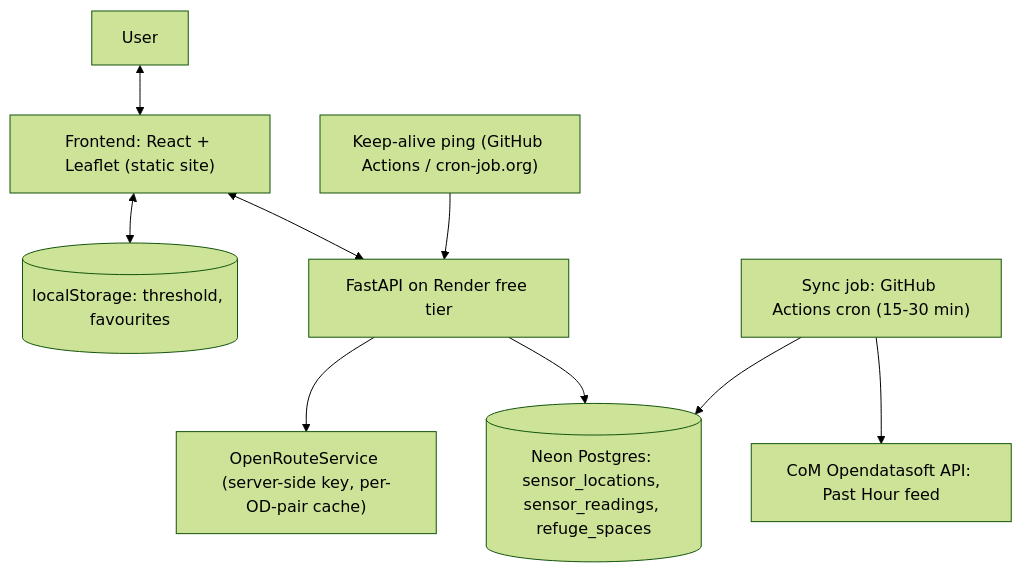
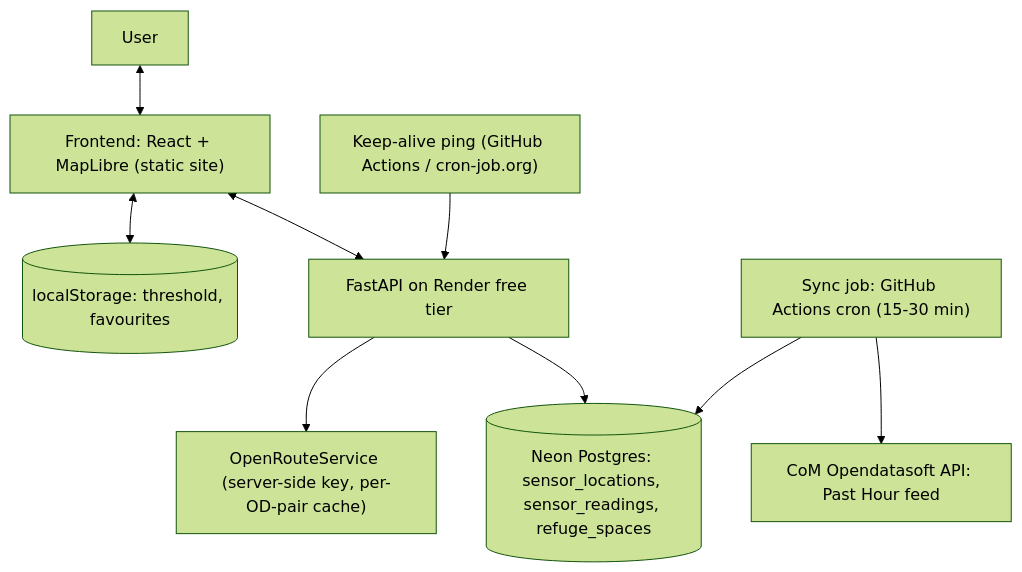
One commit to Vanamali-Sims/hush changed the diagram in PLAN.md. Above: the diagram before and after it, drawn with Mermaid (forest theme). The commit also changed other lines of this file and 3 other files, not shown here.

Commit message:
docs: revise plan (MapLibre map stack, sensory-first UI), remove wireframes, add gitignore

````diff
--- a/PLAN.md
+++ b/PLAN.md
@@ -30,11 +34,11 @@
 ```mermaid
 flowchart TD
-    U[User] <--> FE["Frontend: React + Leaflet (static site)"]
+    U[User] <--> FE["Frontend: React + MapLibre (static site)"]
     FE <--> LS[("localStorage: threshold, favourites")]
     FE <--> API["FastAPI on Render free tier"]
     API --> ORS["OpenRouteService (server-side key, per-OD-pair cache)"]
     API --> DB[("Neon Postgres: sensor_locations, sensor_readings, refuge_spaces")]
     SYNC["Sync job: GitHub Actions cron (15-30 min)"] --> COM["CoM Opendatasoft API: Past Hour feed"]
     SYNC --> DB
     KA["Keep-alive ping (GitHub Actions / cron-job.org)"] --> API
 ```
````
